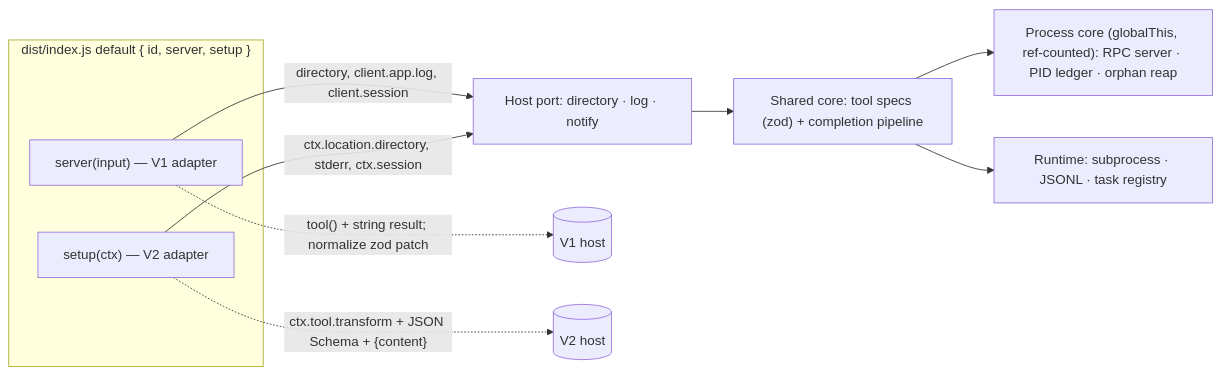
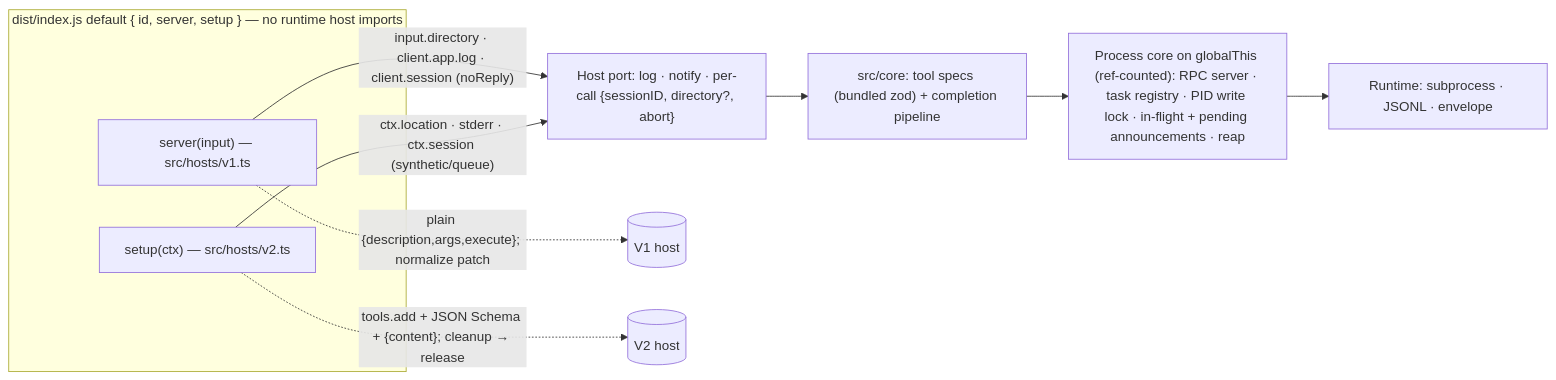
The diagram in docs/plans/2026-11-20-002-feat-opencode-v2-dual-host-plan.md (marcusrbrown/opencode-copilot-delegate), drawn with Mermaid before and after one commit. The commit also changed other lines of this file and 1 other file, not shown here.

````diff
--- a/docs/plans/2026-11-20-002-feat-opencode-v2-dual-host-plan.md
+++ b/docs/plans/2026-11-20-002-feat-opencode-v2-dual-host-plan.md
@@ -160,14 +231,14 @@
 ```mermaid
 flowchart LR
-  subgraph Entry["dist/index.js default { id, server, setup }"]
-    S1["server(input) — V1 adapter"]
-    S2["setup(ctx) — V2 adapter"]
+  subgraph Entry["dist/index.js default { id, server, setup } — no runtime host imports"]
+    S1["server(input) — src/hosts/v1.ts"]
+    S2["setup(ctx) — src/hosts/v2.ts"]
   end
-  S1 -->|directory, client.app.log, client.session| Port["Host port: directory · log · notify"]
-  S2 -->|ctx.location.directory, stderr, ctx.session| Port
-  Port --> Core["Shared core: tool specs (zod) + completion pipeline"]
-  Core --> Proc["Process core (globalThis, ref-counted): RPC server · PID ledger · orphan reap"]
-  Core --> RT["Runtime: subprocess · JSONL · task registry"]
-  S1 -.->|"tool() + string result; normalize zod patch"| HostV1[(V1 host)]
-  S2 -.->|"ctx.tool.transform + JSON Schema + {content}"| HostV2[(V2 host)]
+  S1 -->|"input.directory · client.app.log · client.session (noReply)"| Port["Host port: log · notify · per-call {sessionID, directory?, abort}"]
+  S2 -->|"ctx.location · stderr · ctx.session (synthetic/queue)"| Port
+  Port --> Core["src/core: tool specs (bundled zod) + completion pipeline"]
+  Core --> Proc["Process core on globalThis (ref-counted): RPC server · task registry · PID write lock · in-flight + pending announcements · reap"]
+  Proc --> RT["Runtime: subprocess · JSONL · envelope"]
+  S1 -.->|"plain {description,args,execute}; normalize patch"| HostV1[(V1 host)]
+  S2 -.->|"tools.add + JSON Schema + {content}; cleanup → release"| HostV2[(V2 host)]
 ```
````
